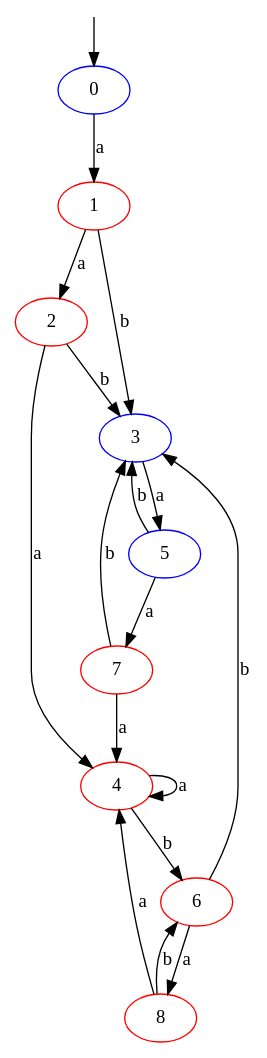
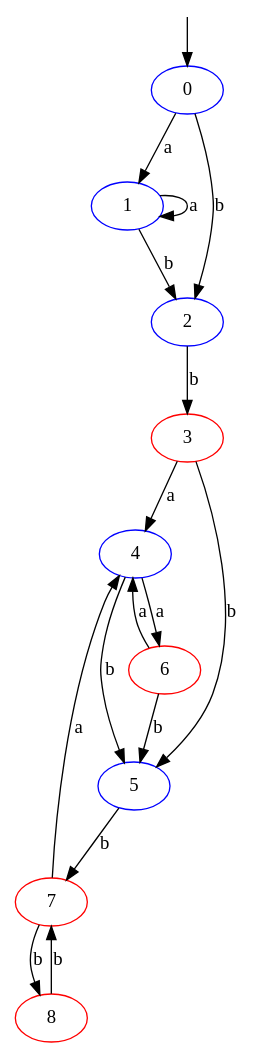
Before and after one commit to XDLoLiK/autore: the diagram in img/dfa.dot, drawn with Graphviz. The commit also changed 21 other files, not shown here.

```diff
--- a/img/dfa.dot
+++ b/img/dfa.dot
@@ -1,1 +1,1 @@
-digraph G{node [color=blue;];0;node [color=red;];1;node [color=red;];2;node [color=blue;];3;node [color=red;];4;node [color=blue;];5;node [color=red;];6;node [color=red;];7;node [color=red;];8;node [shape=none;label="";height=0;width=0;];-1;-1->0;0->1[label="a";];1->2[label="a";];1->3[label="b";];2->4[label="a";];2->3[label="b";];3->5[label="a";];4->4[label="a";];4->6[label="b";];5->7[label="a";];5->3[label="b";];6->8[label="a";];6->3[label="b";];7->4[label="a";];7->3[label="b";];8->4[label="a";];8->6[label="b";];}
+digraph G{node [color=blue;];0;node [color=blue;];1;node [color=blue;];2;node [color=red;];3;node [color=blue;];4;node [color=blue;];5;node [color=red;];6;node [color=red;];7;node [color=red;];8;node [shape=none;label="";height=0;width=0;];-1;-1->0;0->1[label="a";];0->2[label="b";];1->1[label="a";];1->2[label="b";];2->3[label="b";];3->4[label="a";];3->5[label="b";];4->6[label="a";];4->5[label="b";];5->7[label="b";];6->4[label="a";];6->5[label="b";];7->4[label="a";];7->8[label="b";];8->7[label="b";];}
```
